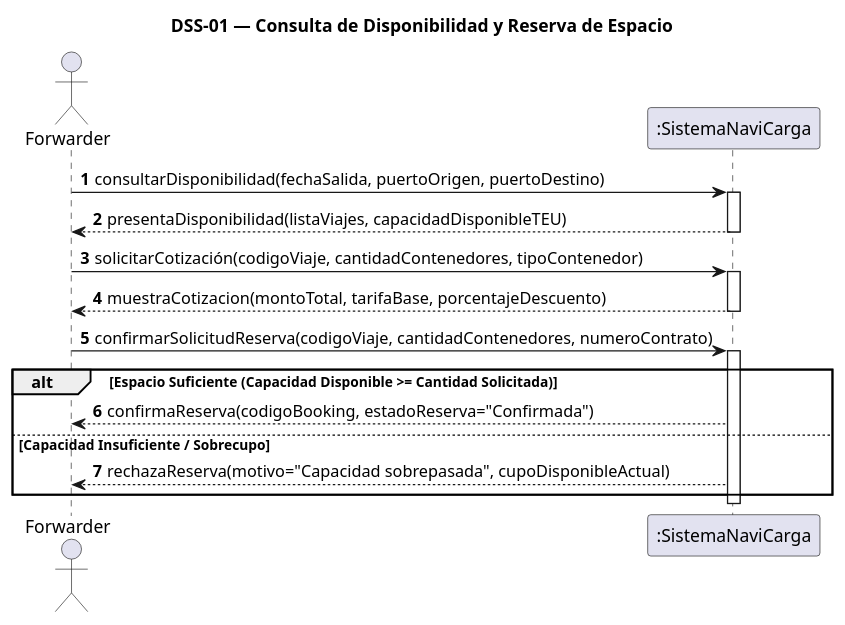
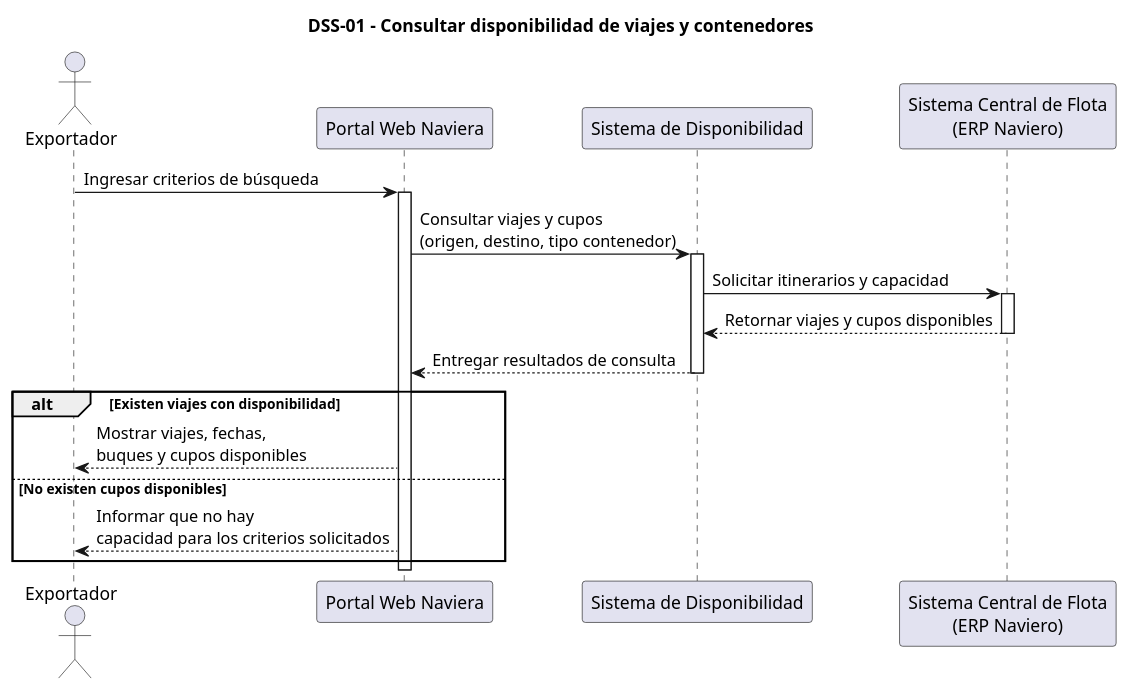
One commit to NaviCarga/Navieras changed the diagram in diagramas/dss-01.puml. Above: the diagram before and after it, drawn with PlantUML. The commit also changed other lines of this file, not shown here.

```diff
--- a/diagramas/dss-01.puml
+++ b/diagramas/dss-01.puml
@@ -1,27 +2,30 @@
-@startuml dss-01
-autonumber
-actor Forwarder
-participant ":SistemaNaviCarga" as Sistema
+@startuml
+title DSS-01 - Consultar disponibilidad de viajes y contenedores
 
-title DSS-01 — Consulta de Disponibilidad y Reserva de Espacio
+actor "Exportador" as Exportador
+participant "Portal Web Naviera" as Portal
+participant "Sistema de Disponibilidad" as Disponibilidad
+participant "Sistema Central de Flota\n(ERP Naviero)" as ERP
 
-Forwarder -> Sistema: consultarDisponibilidad(fechaSalida, puertoOrigen, puertoDestino)
-activate Sistema
-Sistema --> Forwarder: presentaDisponibilidad(listaViajes, capacidadDisponibleTEU)
-deactivate Sistema
+Exportador -> Portal: Ingresar criterios de búsqueda
+activate Portal
 
-Forwarder -> Sistema: solicitarCotización(codigoViaje, cantidadContenedores, tipoContenedor)
-activate Sistema
-Sistema --> Forwarder: muestraCotizacion(montoTotal, tarifaBase, porcentajeDescuento)
-deactivate Sistema
+Portal -> Disponibilidad: Consultar viajes y cupos\n(origen, destino, tipo contenedor)
+activate Disponibilidad
 
-Forwarder -> Sistema: confirmarSolicitudReserva(codigoViaje, cantidadContenedores, numeroContrato)
-activate Sistema
+Disponibilidad -> ERP: Solicitar itinerarios y capacidad
+activate ERP
+ERP --> Disponibilidad: Retornar viajes y cupos disponibles
+deactivate ERP
 
-alt Espacio Suficiente (Capacidad Disponible >= Cantidad Solicitada)
-    Sistema --> Forwarder: confirmaReserva(codigoBooking, estadoReserva="Confirmada")
-else Capacidad Insuficiente / Sobrecupo
-    Sistema --> Forwarder: rechazaReserva(motivo="Capacidad sobrepasada", cupoDisponibleActual)
+Disponibilidad --> Portal: Entregar resultados de consulta
+deactivate Disponibilidad
+
+alt Existen viajes con disponibilidad
+    Portal --> Exportador: Mostrar viajes, fechas,\nbuques y cupos disponibles
+else No existen cupos disponibles
+    Portal --> Exportador: Informar que no hay\ncapacidad para los criterios solicitados
 end
-deactivate Sistema
+
+deactivate Portal
 @enduml
```
